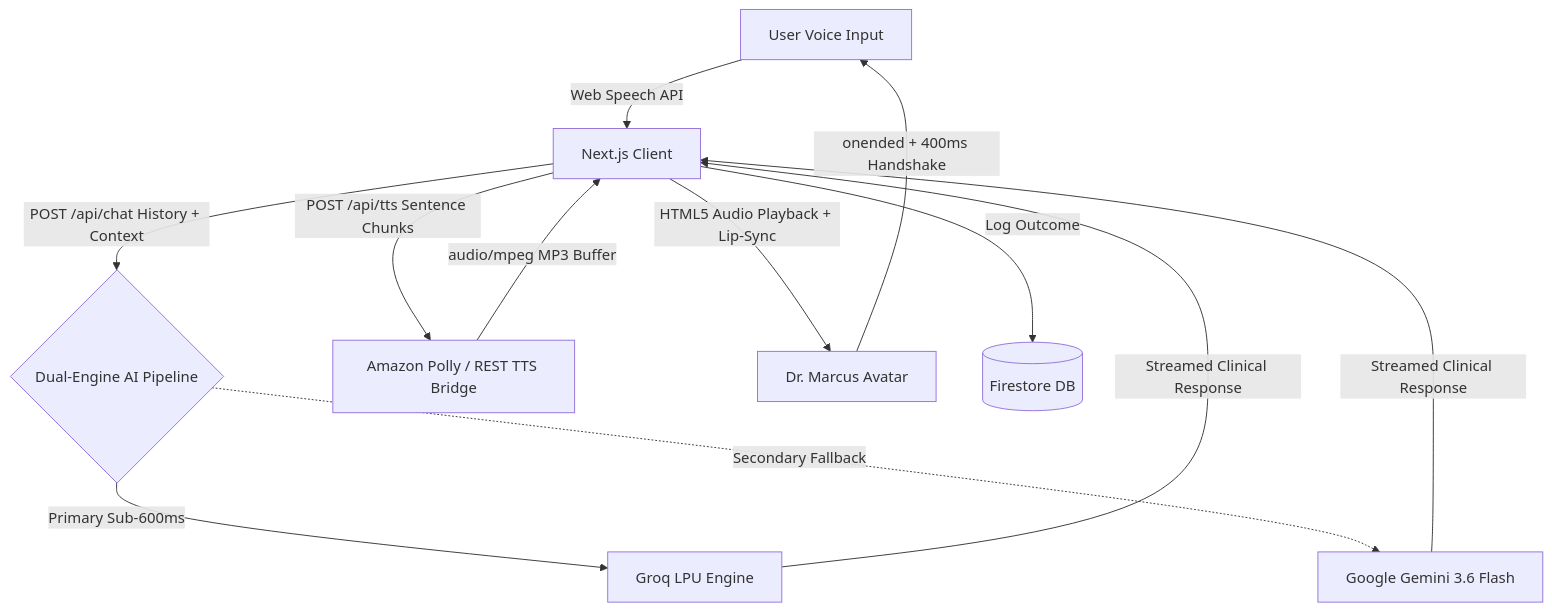
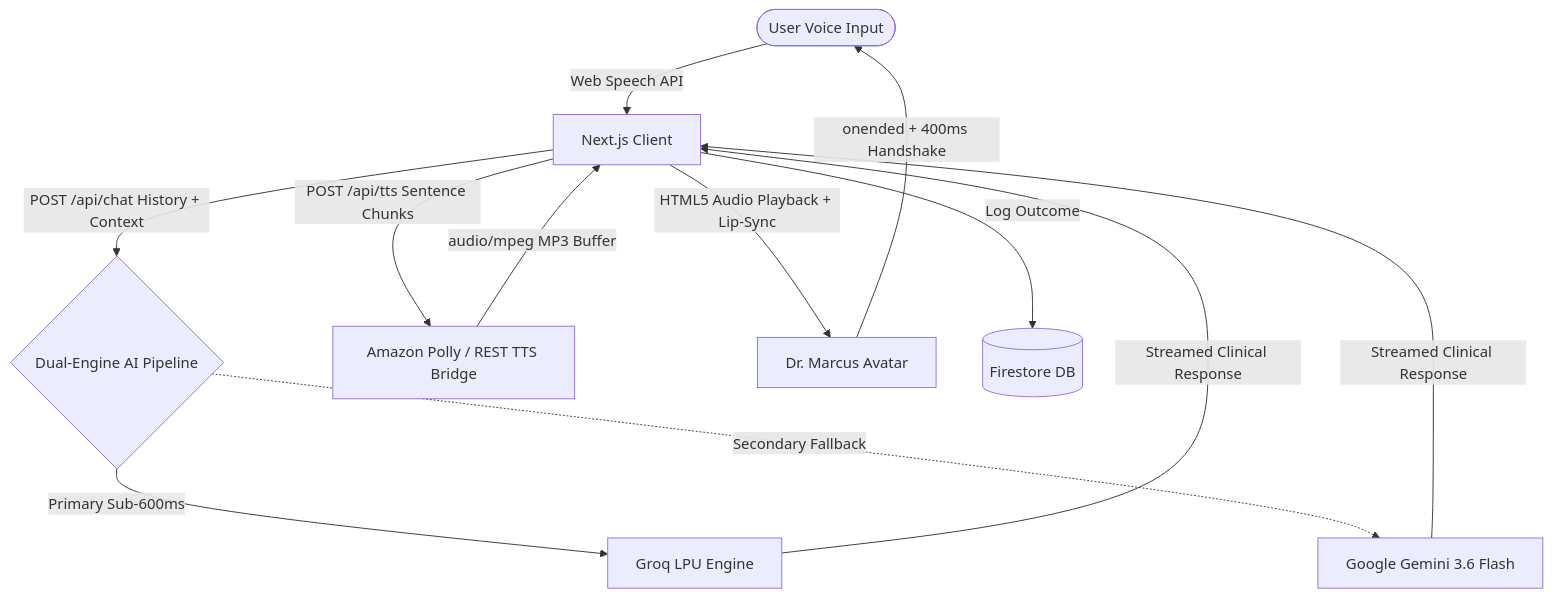
The diagram in README.md (sayakbhattasali/mind-reset-ai), drawn with Mermaid before and after one commit.

Commit message:
Update Architecture & Data Flow Mermaid flowchart in README.md

````diff
--- a/README.md
+++ b/README.md
@@ -59,14 +59,14 @@
 ```mermaid
 flowchart TD
-    User["User Voice Input"] -->|Web Speech API| Client["Next.js Client"]
-    Client -->|POST /api/chat History + Context| Engine{"Dual-Engine AI Pipeline"}
-    Engine -->|Primary Sub-600ms| GroqServer["Groq LPU Engine"]
-    Engine -.->|Secondary Fallback| GeminiServer["Google Gemini 3.6 Flash"]
-    GroqServer -->|Streamed Clinical Response| Client
-    GeminiServer -->|Streamed Clinical Response| Client
-    Client -->|POST /api/tts Sentence Chunks| TTSAPI["Amazon Polly / REST TTS Bridge"]
-    TTSAPI -->|audio/mpeg MP3 Buffer| Client
-    Client -->|HTML5 Audio Playback + Lip-Sync| Avatar["Dr. Marcus Avatar"]
-    Avatar -->|onended + 400ms Handshake| User
-    Client -->|Log Outcome| Firebase[("Firestore DB")]
+    A([User Voice Input]) -->|Web Speech API| B[Next.js Client]
+    B -->|POST /api/chat History + Context| C{Dual-Engine AI Pipeline}
+    C -->|Primary Sub-600ms| D[Groq LPU Engine]
+    C -.->|Secondary Fallback| E[Google Gemini 3.6 Flash]
+    D -->|Streamed Clinical Response| B
+    E -->|Streamed Clinical Response| B
+    B -->|POST /api/tts Sentence Chunks| F[Amazon Polly / REST TTS Bridge]
+    F -->|audio/mpeg MP3 Buffer| B
+    B -->|HTML5 Audio Playback + Lip-Sync| G[Dr. Marcus Avatar]
+    G -->|onended + 400ms Handshake| A
+    B -->|Log Outcome| H[(Firestore DB)]
 ```
````
